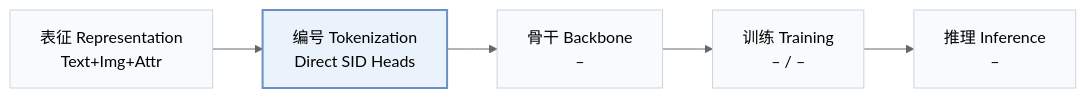
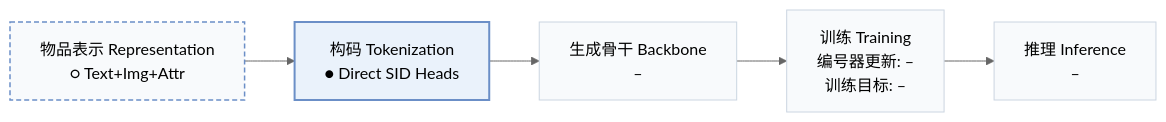
Before and after one commit to Galaxy-ghost/Awesome-SID-Generative-Rec: the first of 2 diagrams in pages/zh/papers/unisid.md, drawn with Mermaid (neutral theme). The commit also changed other lines of this file and 558 other files, not shown here.

````diff
--- a/pages/zh/papers/unisid.md
+++ b/pages/zh/papers/unisid.md
@@ -15,8 +18,10 @@
 ```mermaid
 flowchart LR
-    R["表征 Representation<br/>Text+Img+Attr"] --> T["编号 Tokenization<br/>Direct SID Heads"] --> B["骨干 Backbone<br/>–"] --> TR["训练 Training<br/>– / –"] --> I["推理 Inference<br/>–"]
+    R["物品表示 Representation<br/>○ Text+Img+Attr"] --> T["构码 Tokenization<br/>● Direct SID Heads"] --> B["生成骨干 Backbone<br/>–"] --> TR["训练 Training<br/>编号器更新: –<br/>训练目标: –"] --> I["推理 Inference<br/>–"]
     classDef base fill:#f8fafc,stroke:#cbd5e1
     class R,T,B,TR,I base
+    classDef other fill:#f8fafc,stroke:#6b8fc7,stroke-width:1.5px,stroke-dasharray:5 3
+    class R other
     classDef main fill:#eaf2fb,stroke:#6b8fc7,stroke-width:2px
     class T main
 ```
````
